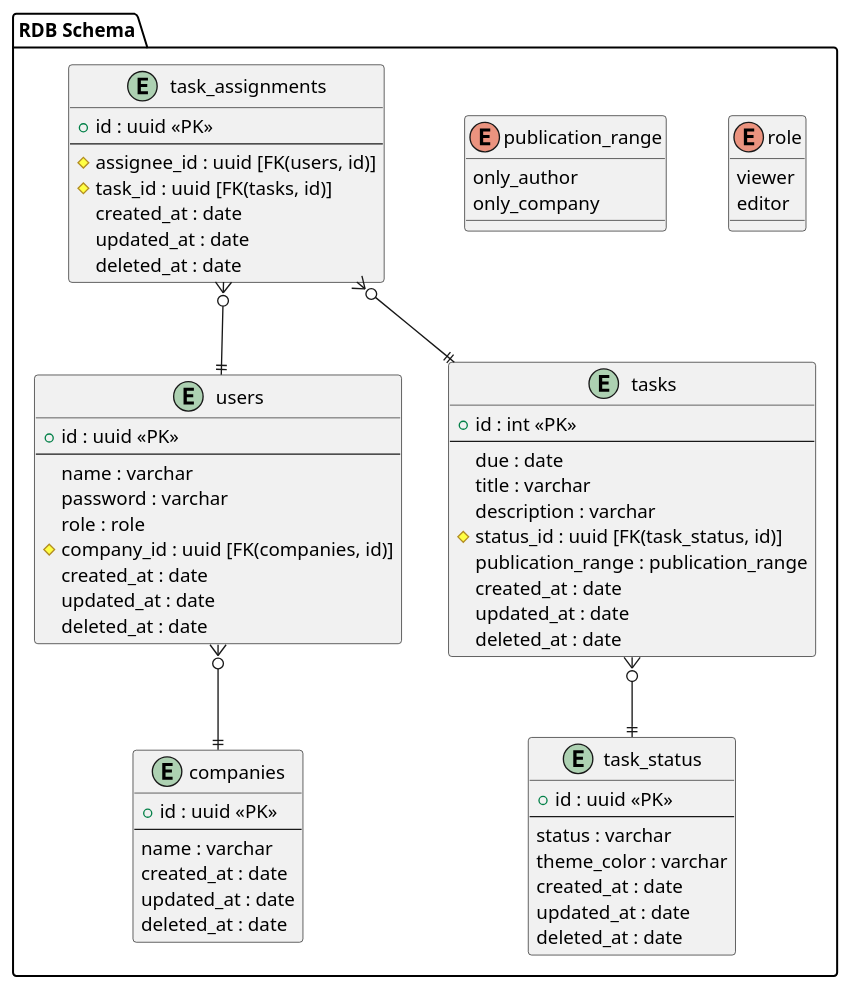
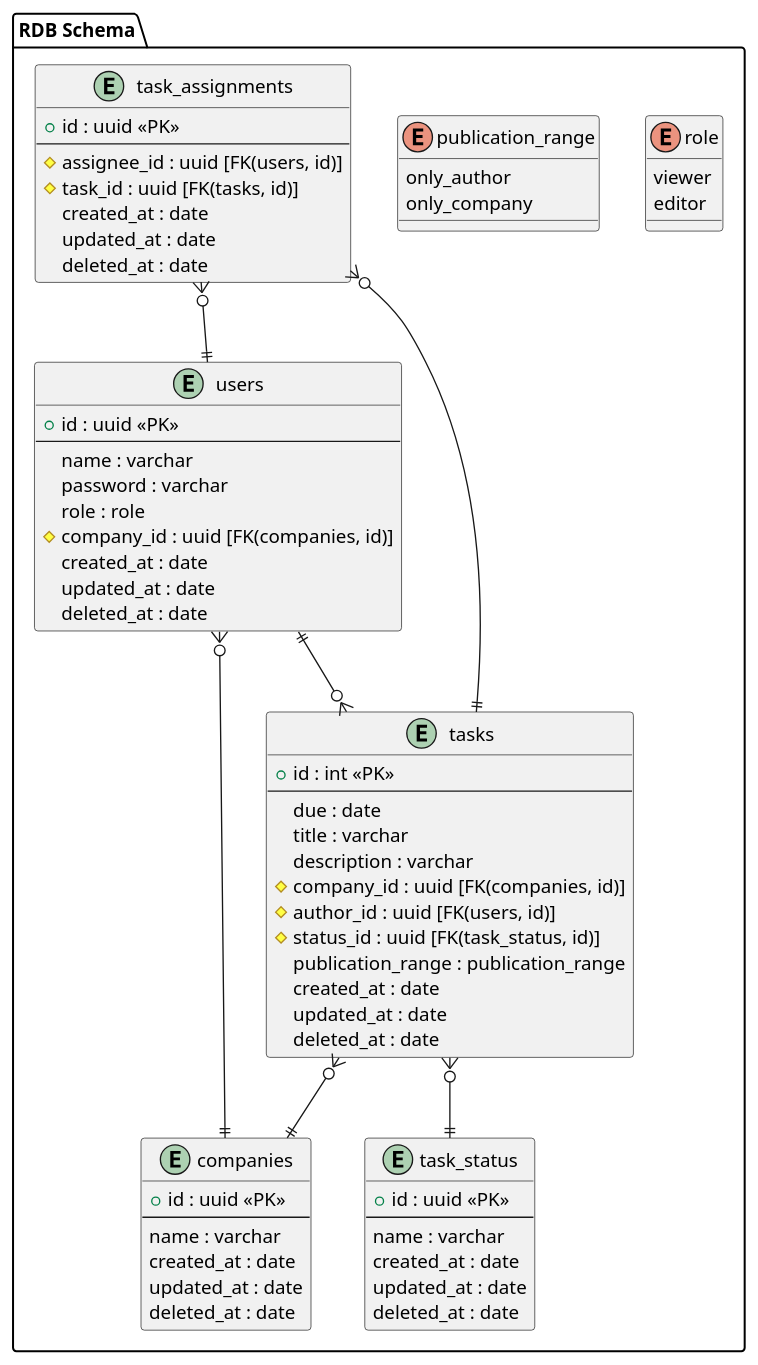
The diagram in design_files/todo.puml (reibomaru/todo-app), drawn with PlantUML before and after one commit. The commit also changed 1 other file, not shown here.

```diff
--- a/design_files/todo.puml
+++ b/design_files/todo.puml
@@ -1,75 +1,78 @@
 @startuml todo
 
 package "RDB Schema" {
 
   enum "role" {
     viewer
     editor
   }
 
   enum "publication_range" {
     only_author
     only_company
   }
 
   entity "companies" {
     + id : uuid <<PK>>
     ---
     name : varchar
     created_at : date
     updated_at : date
     deleted_at : date
   }
 
   entity "users" {
     + id : uuid <<PK>>
     ---
     name : varchar
     password : varchar
     role : role
     # company_id : uuid [FK(companies, id)]
     created_at : date
     updated_at : date
     deleted_at : date
   }
 
   entity "task_assignments" {
     + id : uuid <<PK>>
     ---
     # assignee_id : uuid [FK(users, id)]
     # task_id : uuid [FK(tasks, id)]
     created_at : date
     updated_at : date
     deleted_at : date
   }
 
   entity "task_status" {
     + id : uuid <<PK>>
     ---
-    status : varchar
-    theme_color : varchar
+    name : varchar
     created_at : date
     updated_at : date
     deleted_at : date
   }
 
   entity "tasks" {
     + id : int <<PK>>
     ---
     due : date
     title : varchar
     description : varchar
+    # company_id : uuid [FK(companies, id)]
+    # author_id : uuid [FK(users, id)]
     # status_id : uuid [FK(task_status, id)]
     publication_range : publication_range
     created_at : date
     updated_at : date
     deleted_at : date
   }
 
   users }o--|| companies
+  tasks }o--|| companies
   tasks }o--|| task_status
+  users ||--o{ tasks
   task_assignments }o--|| users
   task_assignments }o--|| tasks
 }
 
 @enduml
```
